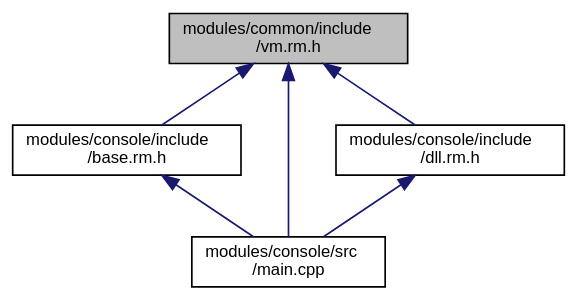
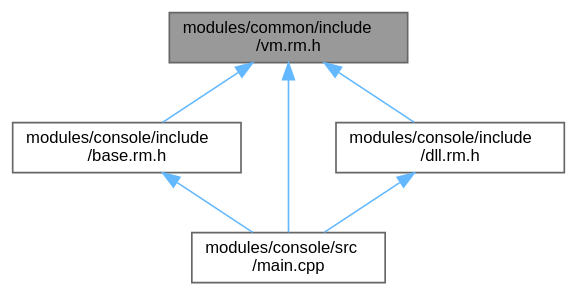
Before and after one commit to netkeep80/jsonRVM: the diagram in vm_8rm_8h__dep__incl.dot, drawn with Graphviz. The commit also changed 521 other files, not shown here.

```diff
--- a/vm_8rm_8h__dep__incl.dot
+++ b/vm_8rm_8h__dep__incl.dot
@@ -1,16 +1,16 @@
 digraph "modules/common/include/vm.rm.h"
 {
  // LATEX_PDF_SIZE
   bgcolor="transparent";
-  edge [fontname="Helvetica",fontsize="10",labelfontname="Helvetica",labelfontsize="10"];
-  node [fontname="Helvetica",fontsize="10",shape=record];
-  Node1 [label="modules/common/include\l/vm.rm.h",height=0.2,width=0.4,color="black", fillcolor="grey75", style="filled", fontcolor="black",tooltip=" "];
-  Node1 -> Node2 [dir="back",color="midnightblue",fontsize="10",style="solid",fontname="Helvetica"];
-  Node2 [label="modules/console/include\l/base.rm.h",height=0.2,width=0.4,color="black",URL="$base_8rm_8h.html",tooltip=" "];
-  Node2 -> Node3 [dir="back",color="midnightblue",fontsize="10",style="solid",fontname="Helvetica"];
-  Node3 [label="modules/console/src\l/main.cpp",height=0.2,width=0.4,color="black",URL="$main_8cpp.html",tooltip=" "];
-  Node1 -> Node4 [dir="back",color="midnightblue",fontsize="10",style="solid",fontname="Helvetica"];
-  Node4 [label="modules/console/include\l/dll.rm.h",height=0.2,width=0.4,color="black",URL="$dll_8rm_8h.html",tooltip=" "];
-  Node4 -> Node3 [dir="back",color="midnightblue",fontsize="10",style="solid",fontname="Helvetica"];
-  Node1 -> Node3 [dir="back",color="midnightblue",fontsize="10",style="solid",fontname="Helvetica"];
+  edge [fontname=Helvetica,fontsize=10,labelfontname=Helvetica,labelfontsize=10];
+  node [fontname=Helvetica,fontsize=10,shape=box,height=0.2,width=0.4];
+  Node1 [id="Node000001",label="modules/common/include\l/vm.rm.h",height=0.2,width=0.4,color="gray40", fillcolor="grey60", style="filled", fontcolor="black",tooltip=" "];
+  Node1 -> Node2 [id="edge1_Node000001_Node000002",dir="back",color="steelblue1",style="solid",tooltip=" "];
+  Node2 [id="Node000002",label="modules/console/include\l/base.rm.h",height=0.2,width=0.4,color="grey40", fillcolor="white", style="filled",URL="$base_8rm_8h.html",tooltip=" "];
+  Node2 -> Node3 [id="edge2_Node000002_Node000003",dir="back",color="steelblue1",style="solid",tooltip=" "];
+  Node3 [id="Node000003",label="modules/console/src\l/main.cpp",height=0.2,width=0.4,color="grey40", fillcolor="white", style="filled",URL="$main_8cpp.html",tooltip=" "];
+  Node1 -> Node4 [id="edge3_Node000001_Node000004",dir="back",color="steelblue1",style="solid",tooltip=" "];
+  Node4 [id="Node000004",label="modules/console/include\l/dll.rm.h",height=0.2,width=0.4,color="grey40", fillcolor="white", style="filled",URL="$dll_8rm_8h.html",tooltip=" "];
+  Node4 -> Node3 [id="edge4_Node000004_Node000003",dir="back",color="steelblue1",style="solid",tooltip=" "];
+  Node1 -> Node3 [id="edge5_Node000001_Node000003",dir="back",color="steelblue1",style="solid",tooltip=" "];
 }
```
